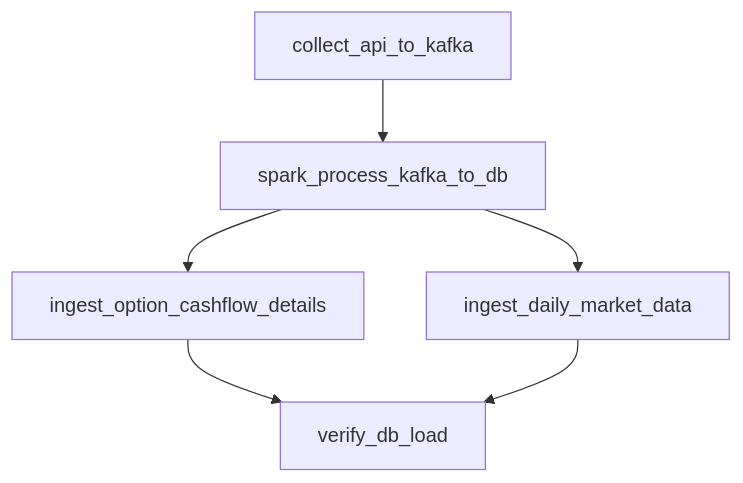
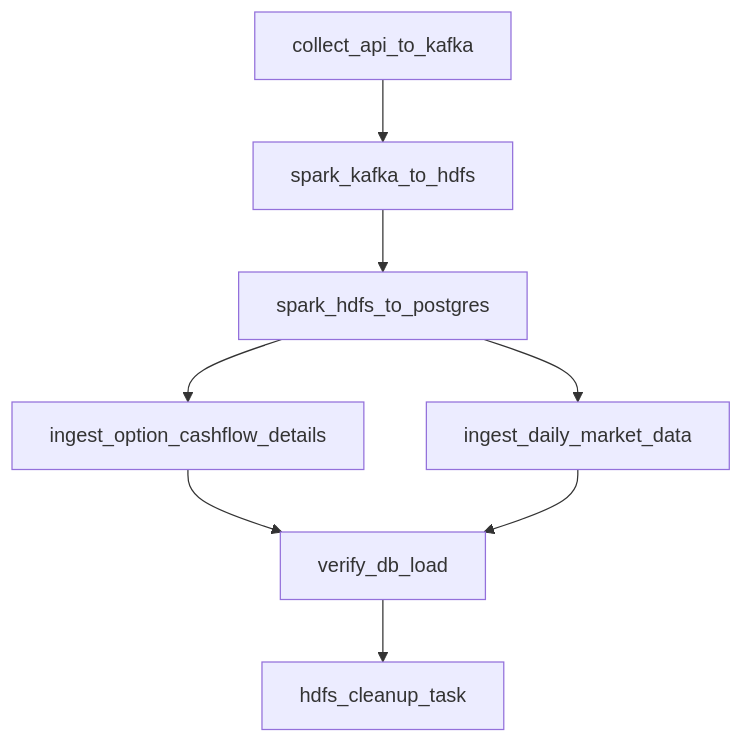
One commit to Kim-jin-gwang/Bond-EZ changed the diagram in pipeline_ingestion_summary.md. Above: the diagram before and after it, drawn with Mermaid. The commit also changed other lines of this file and 1 other file, not shown here.

Commit message:
[DOCS] 데이터 아키텍처 다이어그램 및 파이프라인 구축 명세 작성

````diff
--- a/pipeline_ingestion_summary.md
+++ b/pipeline_ingestion_summary.md
@@ -124,8 +112,10 @@
 ```mermaid
 graph TD
-    A[collect_api_to_kafka] --> B[spark_process_kafka_to_db]
-    B --> C[ingest_option_cashflow_details]
-    B --> D[ingest_daily_market_data]
-    C --> E[verify_db_load]
-    D --> E[verify_db_load]
+    A[collect_api_to_kafka] --> B[spark_kafka_to_hdfs]
+    B --> C[spark_hdfs_to_postgres]
+    C --> D[ingest_option_cashflow_details]
+    C --> E[ingest_daily_market_data]
+    D --> F[verify_db_load]
+    E --> F[verify_db_load]
+    F --> G[hdfs_cleanup_task]
 ```
````
